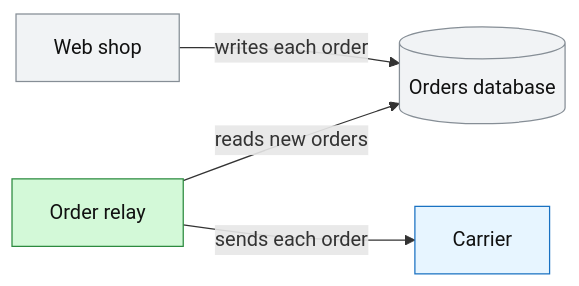
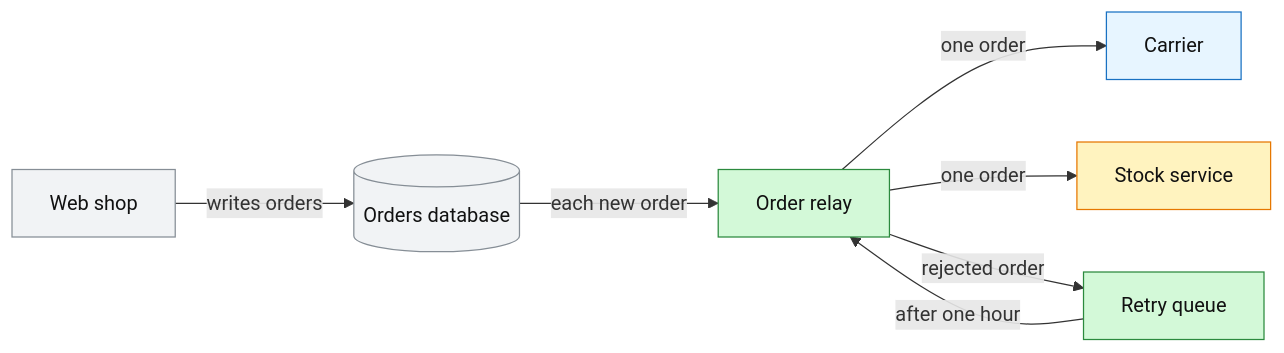
The second of 3 diagrams in skills/write-docs/references/visuals.md (gsuquet/agent-skills), drawn with Mermaid before and after one commit. The commit also changed other lines of this file and 8 other files, not shown here.

````diff
--- a/skills/write-docs/references/visuals.md
+++ b/skills/write-docs/references/visuals.md
@@ -82,9 +85,13 @@
 ```mermaid
 flowchart LR
-  shop["Web shop"]:::unchanged -->|writes each order| db[("Orders database")]:::unchanged
-  relay["Order relay"]:::new -->|reads new orders| db
-  relay -->|sends each order| carrier["Carrier"]:::external
+  shop["Web shop"]:::unchanged -->|writes orders| db[("Orders database")]:::unchanged
+  db -->|each new order| relay["Order relay"]:::new
+  relay -->|one order| carrier["Carrier"]:::external
+  relay -->|one order| stock["Stock service"]:::changed
+  relay -->|rejected order| retry["Retry queue"]:::new
+  retry -->|after one hour| relay
   classDef new fill:#d3f9d8,stroke:#2b8a3e,color:#111
+  classDef changed fill:#fff3bf,stroke:#e67700,color:#111
   classDef unchanged fill:#f1f3f5,stroke:#868e96,color:#111
   classDef external fill:#e7f5ff,stroke:#1971c2,color:#111
 ```
````
